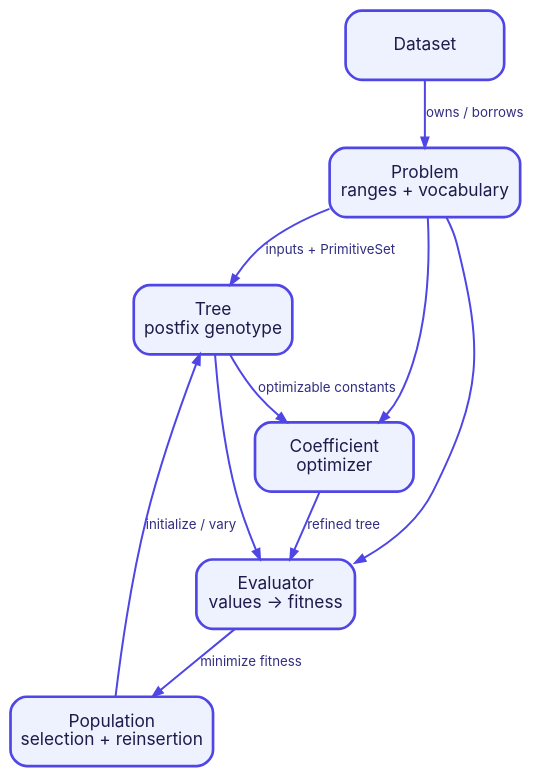
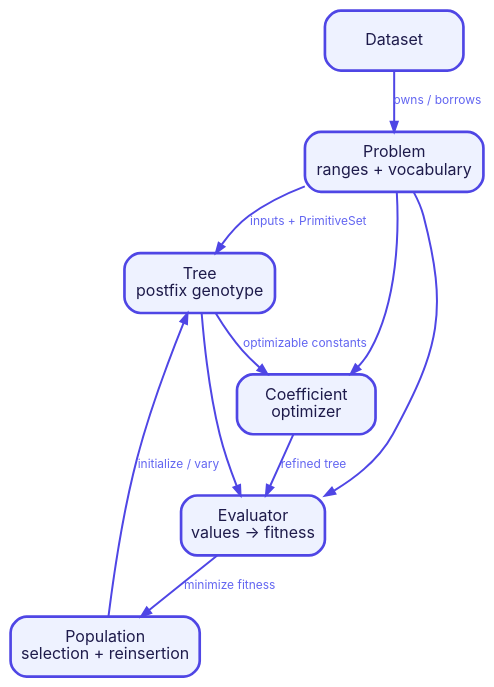
The diagram in docs/mkdocs/diagrams/overview.dot (heal-research/operon), drawn with Graphviz before and after one commit. The commit also changed 6 other files, not shown here.

Commit message:
Improve diagram label contrast

```diff
--- a/docs/mkdocs/diagrams/overview.dot
+++ b/docs/mkdocs/diagrams/overview.dot
@@ -1,22 +1,22 @@
 digraph overview {
-  graph [rankdir=TB, bgcolor="transparent", nodesep=0.4, ranksep=0.55, pad=0.12];
-  node [shape=box, style="rounded,filled", fillcolor="#EEF2FF", color="#4F46E5", penwidth=2, fontname="Inter", fontsize=13, fontcolor="#1E1B4B", width=1.65, height=0.72];
-  edge [color="#4F46E5", penwidth=1.5, arrowsize=0.75, fontname="Inter", fontsize=10, fontcolor="#312E81"];
+  graph [rankdir=TB, bgcolor="transparent", nodesep=0.36, ranksep=0.5, pad=0.1];
+  node [shape=box, style="rounded,filled", fillcolor="#EEF2FF", color="#4F46E5", penwidth=2, fontname="Inter", fontsize=12, fontcolor="#1E1B4B", width=1.45, height=0.62];
+  edge [color="#4F46E5", penwidth=1.5, arrowsize=0.75, fontname="Inter", fontsize=9, fontcolor="#6366F1"];
 
   dataset [label="Dataset"];
   problem [label="Problem\nranges + vocabulary"];
   tree [label="Tree\npostfix genotype"];
   evaluator [label="Evaluator\nvalues → fitness"];
   population [label="Population\nselection + reinsertion"];
   optimizer [label="Coefficient\noptimizer"];
 
   dataset -> problem [label="owns / borrows"];
   problem -> tree [label="inputs + PrimitiveSet"];
   tree -> evaluator;
   problem -> evaluator;
   evaluator -> population [label="minimize fitness"];
   population -> tree [label="initialize / vary"];
   tree -> optimizer [label="optimizable constants"];
   problem -> optimizer;
   optimizer -> evaluator [label="refined tree"];
 }
```
